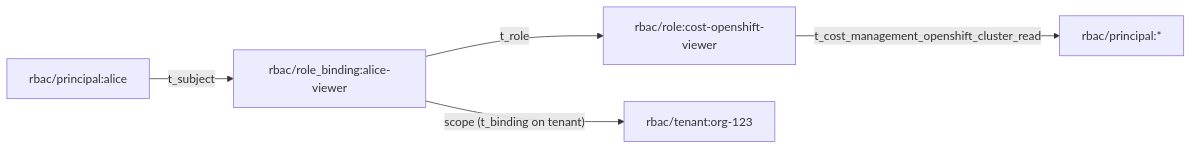
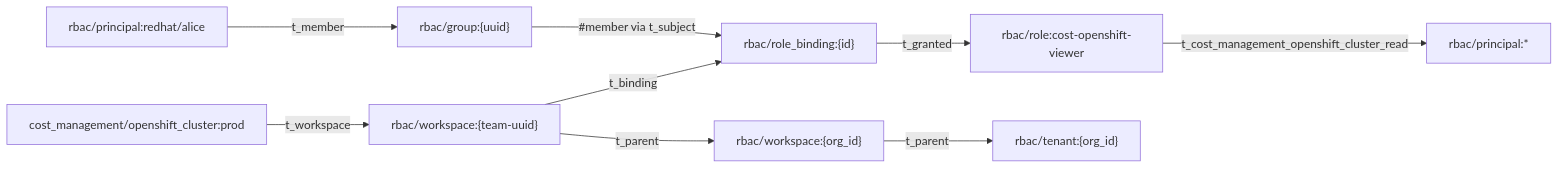
The second of 2 diagrams in docs/architecture/kessel-integration/kessel-ocp-detailed-design.md (project-koku/koku), drawn with Mermaid before and after one commit. The commit also changed other lines of this file and 1 other file, not shown here.

````diff
--- a/docs/architecture/kessel-integration/kessel-ocp-detailed-design.md
+++ b/docs/architecture/kessel-integration/kessel-ocp-detailed-design.md
@@ -681,12 +780,20 @@
 ```mermaid
 flowchart LR
-    Principal["rbac/principal:alice"]
-    RoleBinding["rbac/role_binding:alice-viewer"]
+    Principal["rbac/principal:redhat/alice"]
+    Group["rbac/group:{uuid}"]
+    RoleBinding["rbac/role_binding:{id}"]
     Role["rbac/role:cost-openshift-viewer"]
-    Tenant["rbac/tenant:org-123"]
+    Workspace["rbac/workspace:{team-uuid}"]
+    OrgWorkspace["rbac/workspace:{org_id}"]
+    Tenant["rbac/tenant:{org_id}"]
+    Resource["cost_management/openshift_cluster:prod"]
 
-    Principal -->|"t_subject"| RoleBinding
-    RoleBinding -->|"t_role"| Role
-    RoleBinding -->|"scope (t_binding on tenant)"| Tenant
+    Principal -->|"t_member"| Group
+    Group -->|"#member via t_subject"| RoleBinding
+    RoleBinding -->|"t_granted"| Role
+    Workspace -->|"t_binding"| RoleBinding
+    Workspace -->|"t_parent"| OrgWorkspace
+    OrgWorkspace -->|"t_parent"| Tenant
+    Resource -->|"t_workspace"| Workspace
     Role -->|"t_cost_management_openshift_cluster_read"| AllPrincipals["rbac/principal:*"]
 ```
````
